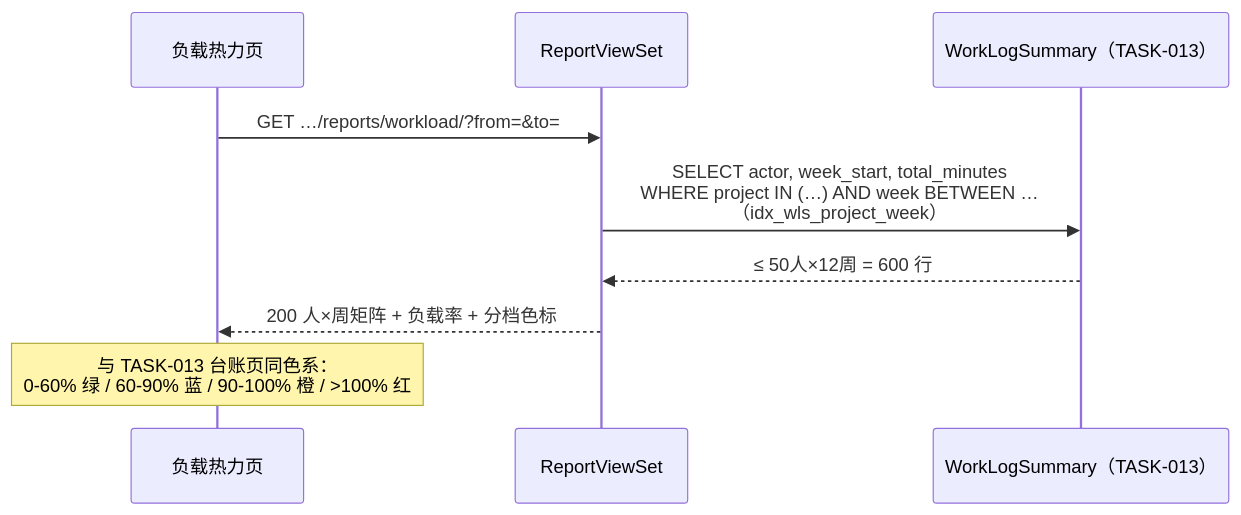
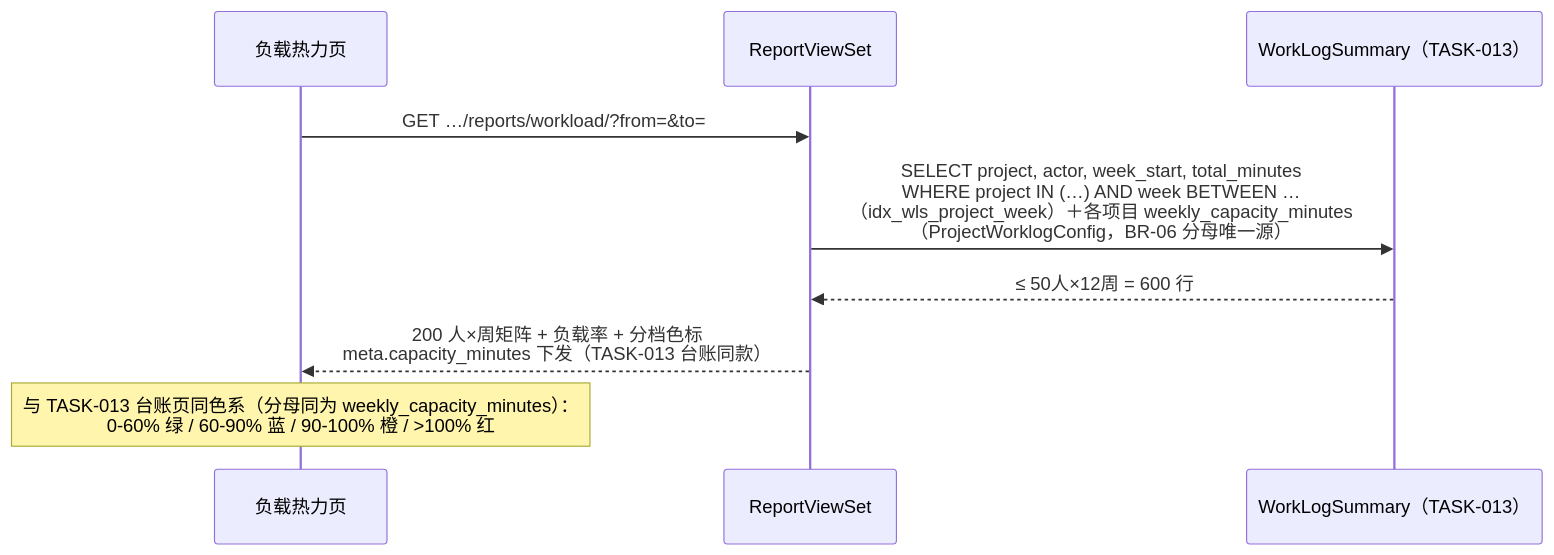
Before and after one commit to RabbitAI-Lab/RabbitProjects: the second of 3 diagrams in docs/sprint-9-enterprise-portfolio/RPT-004-project-health.md, drawn with Mermaid. The commit also changed other lines of this file and 13 other files, not shown here.

````diff
--- a/docs/sprint-9-enterprise-portfolio/RPT-004-project-health.md
+++ b/docs/sprint-9-enterprise-portfolio/RPT-004-project-health.md
@@ -109,11 +109,11 @@
 ```mermaid
 sequenceDiagram
     participant FE as 负载热力页
     participant API as ReportViewSet
     participant WLS as WorkLogSummary（TASK-013）
     FE->>API: GET …/reports/workload/?from=&to=
-    API->>WLS: SELECT actor, week_start, total_minutes<br/>WHERE project IN (…) AND week BETWEEN …<br/>（idx_wls_project_week）
+    API->>WLS: SELECT project, actor, week_start, total_minutes<br/>WHERE project IN (…) AND week BETWEEN …<br/>（idx_wls_project_week）＋各项目 weekly_capacity_minutes<br/>（ProjectWorklogConfig，BR-06 分母唯一源）
     WLS-->>API: ≤ 50人×12周 = 600 行
-    API-->>FE: 200 人×周矩阵 + 负载率 + 分档色标
-    Note over FE: 与 TASK-013 台账页同色系：<br/>0-60% 绿 / 60-90% 蓝 / 90-100% 橙 / >100% 红
+    API-->>FE: 200 人×周矩阵 + 负载率 + 分档色标<br/>meta.capacity_minutes 下发（TASK-013 台账同款）
+    Note over FE: 与 TASK-013 台账页同色系（分母同为 weekly_capacity_minutes）：<br/>0-60% 绿 / 60-90% 蓝 / 90-100% 橙 / >100% 红
 ```
````
